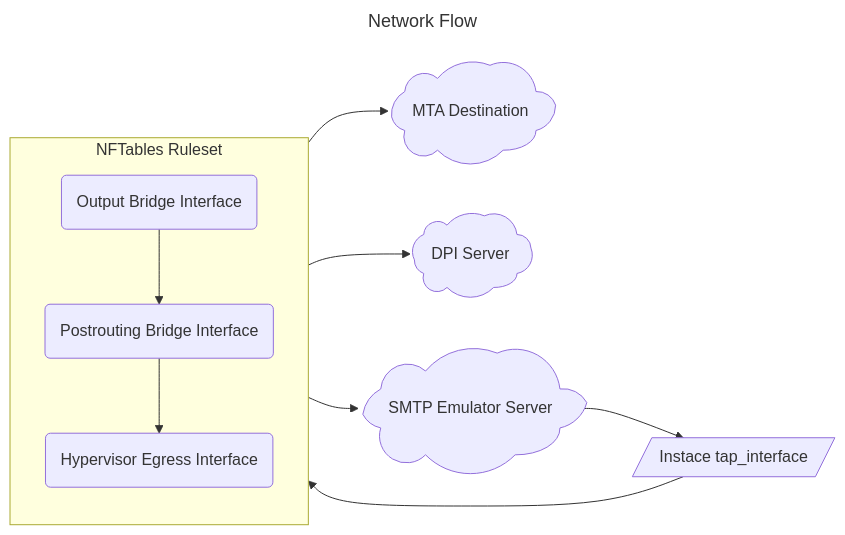
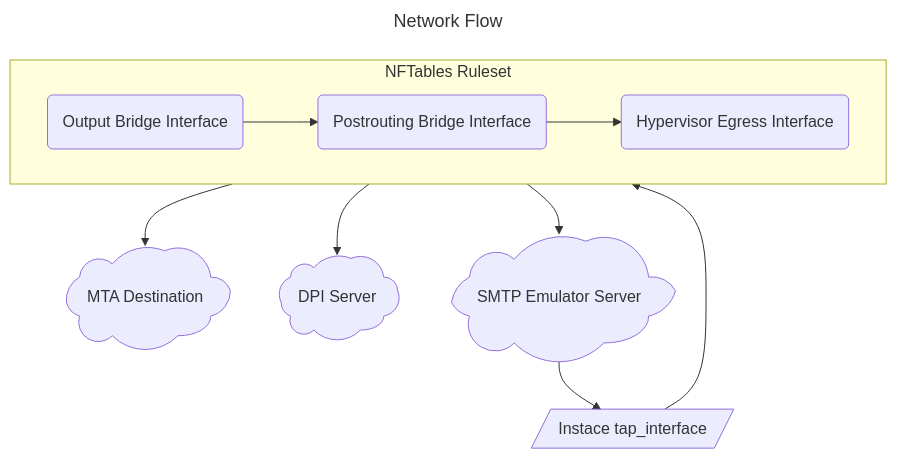
One commit to Zai4ikManiak/Cyber-Security-Study changed the diagram in Antispam System/README.md. Above: the diagram before and after it, drawn with Mermaid.

Commit message:
modified:   README.md

````diff
--- a/Antispam System/README.md
+++ b/Antispam System/README.md
@@ -3,25 +3,25 @@
 ```mermaid
 ---
 title: Network Flow
 ---
-flowchart LR
+flowchart TB
     
     tap_int["Instace tap_interface"]@{ shape: in-out }
 
     subgraph firewall["NFTables Ruleset"]
         output_br["Output Bridge Interface"]@{ shape: event }
         post_ro_br["Postrouting Bridge Interface"]@{ shape: event }
         egress["Hypervisor Egress Interface"]@{ shape: event }
     end
 
     net["MTA Destination"]@{ shape: cloud }
     dpi["DPI Server"]@{ shape: cloud }
     em{"SMTP Emulator Server"}@{ shape: cloud }
 
     tap_int --> firewall
     output_br --> post_ro_br --> egress
     firewall --> net
     firewall --> dpi
     firewall --> em 
     em --> tap_int
 ```
````
